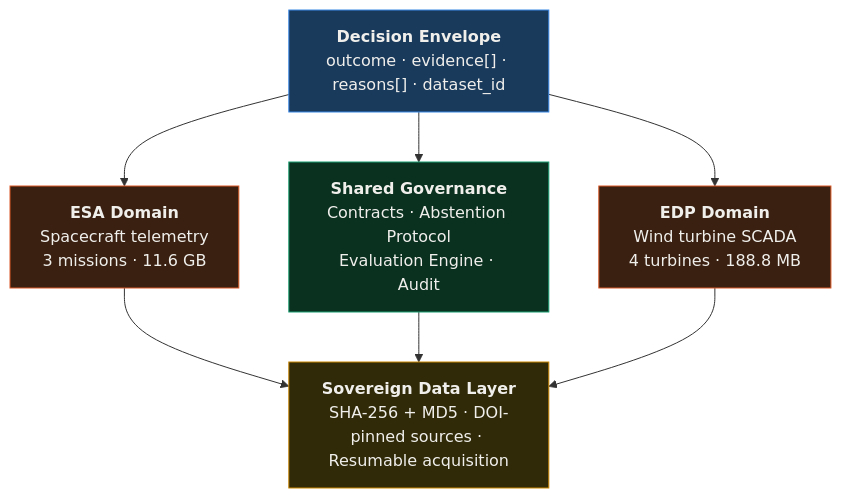
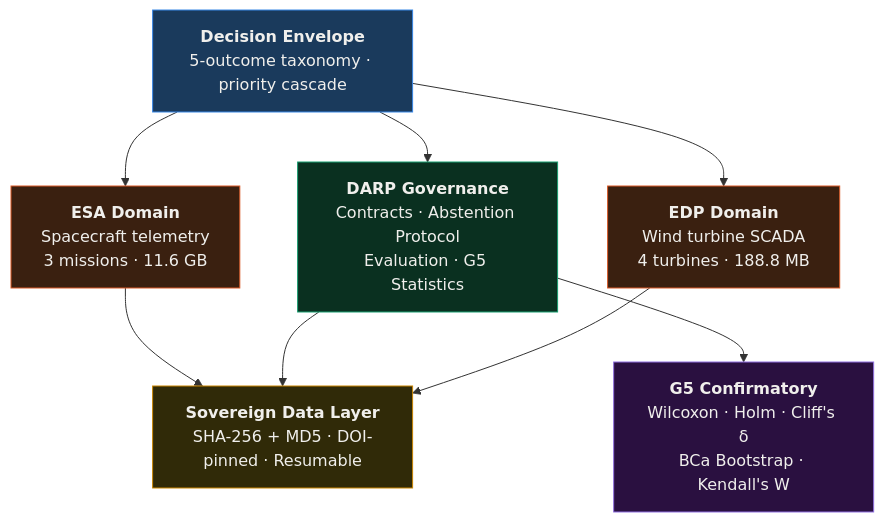
The diagram in README.md (rolffcoelho-bravo/SOVEREIGN-OPS-2.0), drawn with Mermaid before and after one commit. The commit also changed other lines of this file, not shown here.

````diff
--- a/README.md
+++ b/README.md
@@ -34,17 +63,20 @@
 ```mermaid
 graph TB
-    DE["<b>Decision Envelope</b><br/>outcome · evidence[] · reasons[] · dataset_id"]
+    DE["<b>Decision Envelope</b><br/>5-outcome taxonomy · priority cascade"]
     ESA["<b>ESA Domain</b><br/>Spacecraft telemetry<br/>3 missions · 11.6 GB"]
-    GOV["<b>Shared Governance</b><br/>Contracts · Abstention Protocol<br/>Evaluation Engine · Audit"]
+    GOV["<b>DARP Governance</b><br/>Contracts · Abstention Protocol<br/>Evaluation · G5 Statistics"]
     EDP["<b>EDP Domain</b><br/>Wind turbine SCADA<br/>4 turbines · 188.8 MB"]
-    SDL["<b>Sovereign Data Layer</b><br/>SHA-256 + MD5 · DOI-pinned sources · Resumable acquisition"]
+    SDL["<b>Sovereign Data Layer</b><br/>SHA-256 + MD5 · DOI-pinned · Resumable"]
+    G5["<b>G5 Confirmatory</b><br/>Wilcoxon · Holm · Cliff's δ<br/>BCa Bootstrap · Kendall's W"]
 
     DE --> ESA & GOV & EDP
     ESA & GOV & EDP --> SDL
+    GOV --> G5
 
     style DE fill:#1a3a5c,stroke:#3987e5,color:#f0efec
     style ESA fill:#3a2010,stroke:#d95926,color:#f0efec
     style GOV fill:#0a3020,stroke:#199e70,color:#f0efec
     style EDP fill:#3a2010,stroke:#d95926,color:#f0efec
     style SDL fill:#302a08,stroke:#c98500,color:#f0efec
+    style G5 fill:#2a1040,stroke:#9070e0,color:#f0efec
 ```
````
